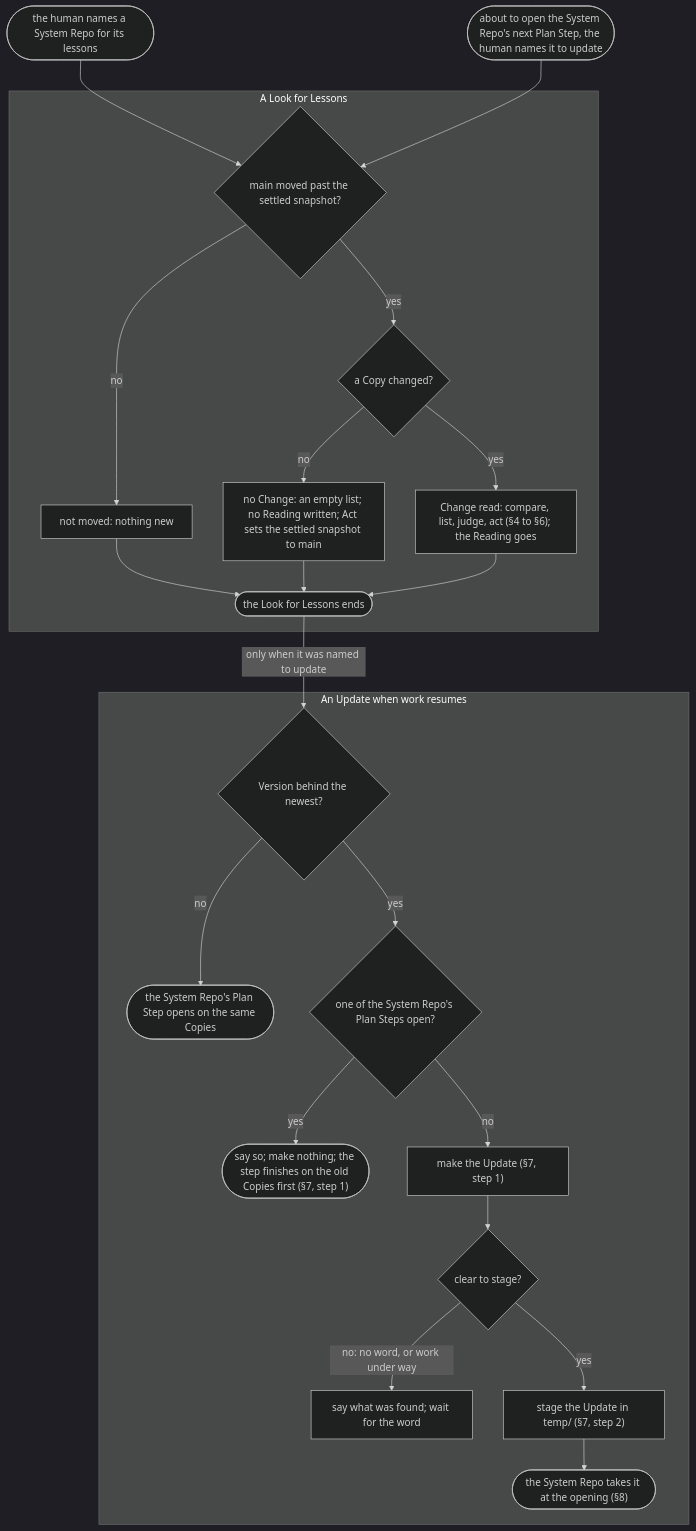
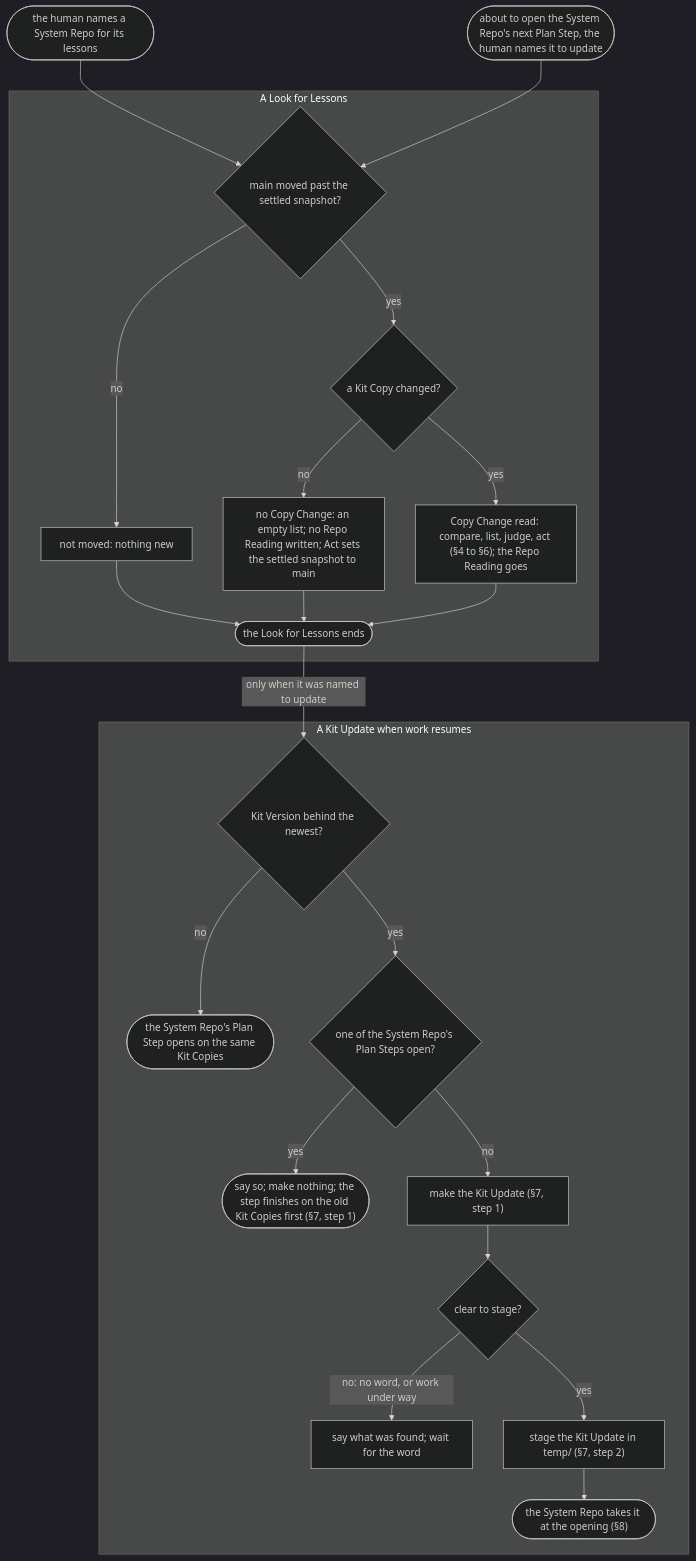
The diagram in temp/common-ground/system-repo-change-flow.md (edgaras87/correctness-by-construction), drawn with Mermaid (dark theme) before and after one commit. The commit also changed other lines of this file and 4 other files, not shown here.

````diff
--- a/temp/common-ground/system-repo-change-flow.md
+++ b/temp/common-ground/system-repo-change-flow.md
@@ -41,27 +41,27 @@
 ```mermaid
 flowchart TD
   read(["the human names a System Repo for its lessons"]) --> c1
   upd(["about to open the System Repo's next Plan Step, the human names it to update"]) --> c1
   subgraph lessons ["A Look for Lessons"]
     c1{"main moved past the settled snapshot?"}
     c1 -- no --> A["not moved: nothing new"]
-    c1 -- yes --> c2{"a Copy changed?"}
-    c2 -- no --> C["no Change: an empty list; no Reading written; Act sets the settled snapshot to main"]
-    c2 -- yes --> D["Change read: compare, list, judge, act (§4 to §6); the Reading goes"]
+    c1 -- yes --> c2{"a Kit Copy changed?"}
+    c2 -- no --> C["no Copy Change: an empty list; no Repo Reading written; Act sets the settled snapshot to main"]
+    c2 -- yes --> D["Copy Change read: compare, list, judge, act (§4 to §6); the Repo Reading goes"]
     A --> done(["the Look for Lessons ends"])
     C --> done
     D --> done
   end
   done -- "only when it was named to update" --> c3
-  subgraph update ["An Update when work resumes"]
-    c3{"Version behind the newest?"}
-    c3 -- no --> same(["the System Repo's Plan Step opens on the same Copies"])
+  subgraph update ["A Kit Update when work resumes"]
+    c3{"Kit Version behind the newest?"}
+    c3 -- no --> same(["the System Repo's Plan Step opens on the same Kit Copies"])
     c3 -- yes --> open{"one of the System Repo's Plan Steps open?"}
-    open -- "yes" --> wait1(["say so; make nothing; the step finishes on the old Copies first (§7, step 1)"])
-    open -- no --> make["make the Update (§7, step 1)"]
+    open -- "yes" --> wait1(["say so; make nothing; the step finishes on the old Kit Copies first (§7, step 1)"])
+    open -- no --> make["make the Kit Update (§7, step 1)"]
     make --> ok{"clear to stage?"}
     ok -- "no: no word, or work under way" --> wait["say what was found; wait for the word"]
-    ok -- yes --> stage["stage the Update in temp/ (§7, step 2)"]
+    ok -- yes --> stage["stage the Kit Update in temp/ (§7, step 2)"]
     stage --> take(["the System Repo takes it at the opening (§8)"])
   end
 ```
````
